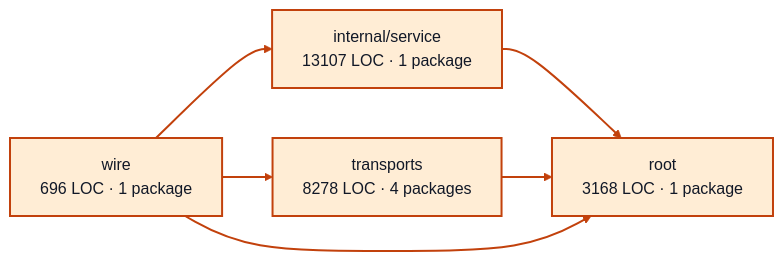
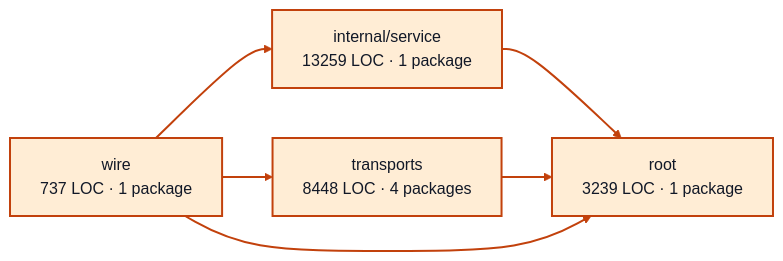
One commit to portpowered/you-agent-factory changed the diagram in docs/architecture/visualizations/services/worker_sessions.md. Above: the diagram before and after it, drawn with Mermaid (forest theme). The commit also changed other lines of this file and 20 other files, not shown here.

Commit message:
docs: refresh backend architecture visualizations

````diff
--- a/docs/architecture/visualizations/services/worker_sessions.md
+++ b/docs/architecture/visualizations/services/worker_sessions.md
@@ -11,17 +11,17 @@
 ```mermaid
 flowchart LR
-  p0["internal/service<br/>13107 LOC · 1 package"]
-  p1["root<br/>3168 LOC · 1 package"]
-  p2["transports<br/>8278 LOC · 4 packages"]
-  p3["wire<br/>696 LOC · 1 package"]
+  p0["internal/service<br/>13259 LOC · 1 package"]
+  p1["root<br/>3239 LOC · 1 package"]
+  p2["transports<br/>8448 LOC · 4 packages"]
+  p3["wire<br/>737 LOC · 1 package"]
   p0 --> p1
   p2 --> p1
   p3 --> p0
   p3 --> p1
   p3 --> p2
   style p0 fill:#ffedd5,stroke:#c2410c,stroke-width:2px,color:#111827
   style p1 fill:#ffedd5,stroke:#c2410c,stroke-width:2px,color:#111827
   style p2 fill:#ffedd5,stroke:#c2410c,stroke-width:2px,color:#111827
   style p3 fill:#ffedd5,stroke:#c2410c,stroke-width:2px,color:#111827
   linkStyle default stroke:#c2410c,stroke-width:2px
 ```
````
